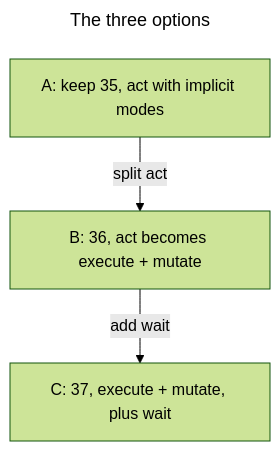
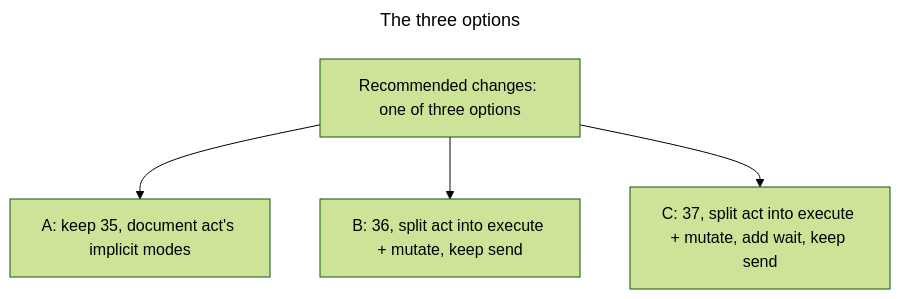
One commit to synaptiai/agent-capability-standard changed the seventh of 8 diagrams in docs/methodology/SKILLS_ALIGNMENT_EVALUATION.md. Above: the diagram before and after it, drawn with Mermaid (forest theme). The commit also changed 4 other files, not shown here.

First line of the commit message:
docs: methodology diagrams match their lists

````diff
--- a/docs/methodology/SKILLS_ALIGNMENT_EVALUATION.md
+++ b/docs/methodology/SKILLS_ALIGNMENT_EVALUATION.md
@@ -387,12 +387,10 @@
 ```mermaid
 ---
 title: The three options
 ---
 flowchart TB
-  accDescr: Option A keeps 35 capabilities and documents act's modes; option B splits act into execute and mutate for 36; option C also adds wait for 37; send is kept in B and C.
-  a["A: keep 35, act with implicit modes"]
-  b["B: 36, act becomes execute + mutate"]
-  c["C: 37, execute + mutate, plus wait"]
-  a -->|split act| b
-  b -->|add wait| c
+  accDescr: The recommended changes are three alternative options: A keeps 35 capabilities and documents act's implicit modes; B splits act into execute and mutate for 36 and keeps send; C splits act, adds wait and keeps send, for 37.
+  q[Recommended changes: one of three options] --> a["A: keep 35, document act's implicit modes"]
+  q --> b["B: 36, split act into execute + mutate, keep send"]
+  q --> c["C: 37, split act into execute + mutate, add wait, keep send"]
 ```
````
